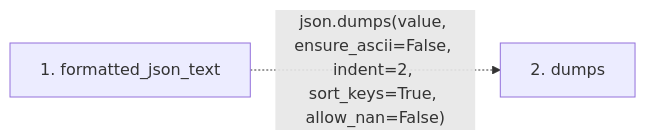
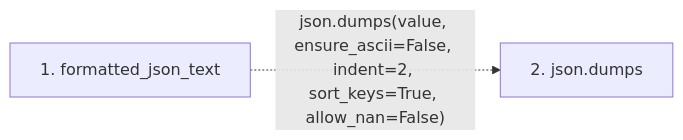
One commit to Denissvgn/python-wiki-llm changed the second of 2 diagrams in docs/llm_wiki/flows/api-formatted_json_text.md. Above: the diagram before and after it, drawn with Mermaid. The commit also changed other lines of this file and 719 other files, not shown here.

````diff
--- a/docs/llm_wiki/flows/api-formatted_json_text.md
+++ b/docs/llm_wiki/flows/api-formatted_json_text.md
@@ -20,7 +20,7 @@
 ```mermaid
 flowchart LR
     s1["1. formatted_json_text"]
-    s2["2. dumps"]
+    s2["2. json.dumps"]
     s1 -. "json.dumps(value, ensure_ascii=False, indent=2, sort_keys=True, allow_nan=False)" .-> s2
     click s1 "../modules/knowledge_evidence.md"
 ```
````
